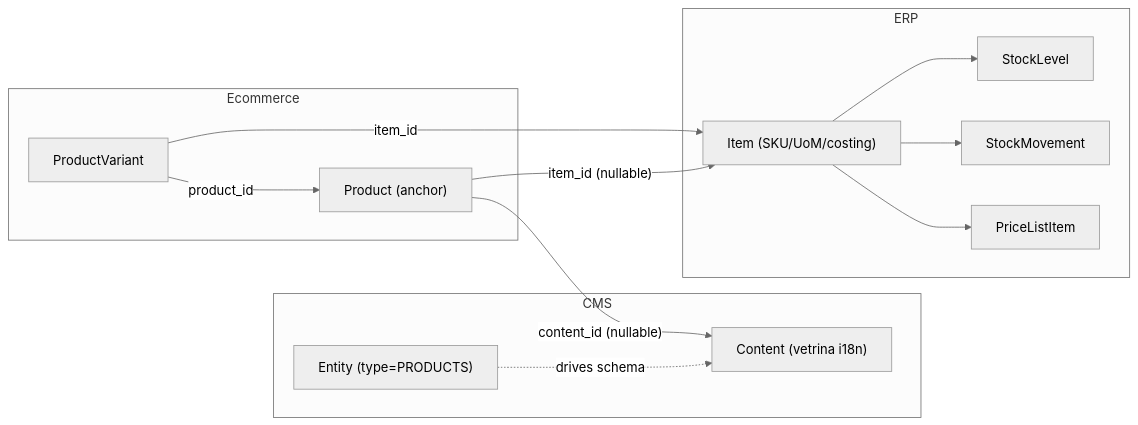
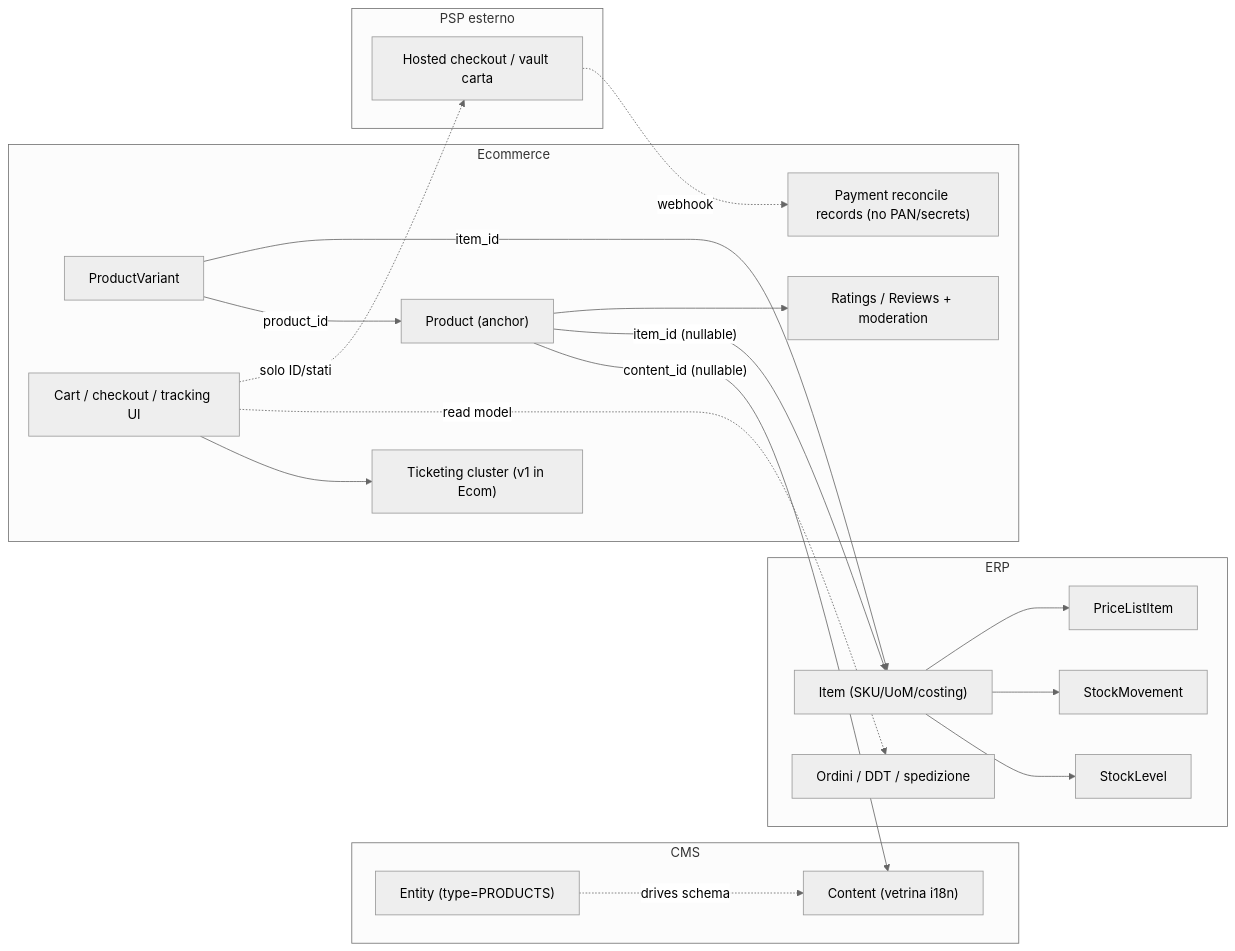
One commit to swolley/laraplate changed the diagram in .cursor/plans/ecommerce_module_embryo_5a2b64dd.plan.md. Above: the diagram before and after it, drawn with Mermaid (neutral theme). The commit also changed other lines of this file, not shown here.

First line of the commit message:
chore(plans): update ecommerce module embryo plan with architectural decisions and todos

````diff
--- a/.cursor/plans/ecommerce_module_embryo_5a2b64dd.plan.md
+++ b/.cursor/plans/ecommerce_module_embryo_5a2b64dd.plan.md
@@ -33,26 +52,39 @@
 ```mermaid
 flowchart LR
   subgraph cms [CMS]
     Content["Content (vetrina i18n)"]
     EntityCms["Entity (type=PRODUCTS)"]
   end
   subgraph erp [ERP]
     Item["Item (SKU/UoM/costing)"]
     StockLevel
     StockMovement
     PriceListItem
+    OrderDocs["Ordini / DDT / spedizione"]
   end
   subgraph ecom [Ecommerce]
     Product["Product (anchor)"]
     Variant["ProductVariant"]
+    Reviews["Ratings / Reviews + moderation"]
+    Tickets["Ticketing cluster (v1 in Ecom)"]
+    ShopUX["Cart / checkout / tracking UI"]
+    PayLedger["Payment reconcile records (no PAN/secrets)"]
+  end
+  subgraph psp [PSP esterno]
+    Hosted["Hosted checkout / vault carta"]
   end
 
   EntityCms -.->|"drives schema"| Content
   Product -->|"content_id (nullable)"| Content
   Product -->|"item_id (nullable)"| Item
   Variant -->|"product_id"| Product
   Variant -->|"item_id"| Item
+  Product --> Reviews
+  ShopUX --> Tickets
+  ShopUX -.->|"read model"| OrderDocs
+  ShopUX -.->|"solo ID/stati"| Hosted
+  Hosted -.->|"webhook"| PayLedger
   Item --> StockLevel
   Item --> StockMovement
   Item --> PriceListItem
 ```
````
